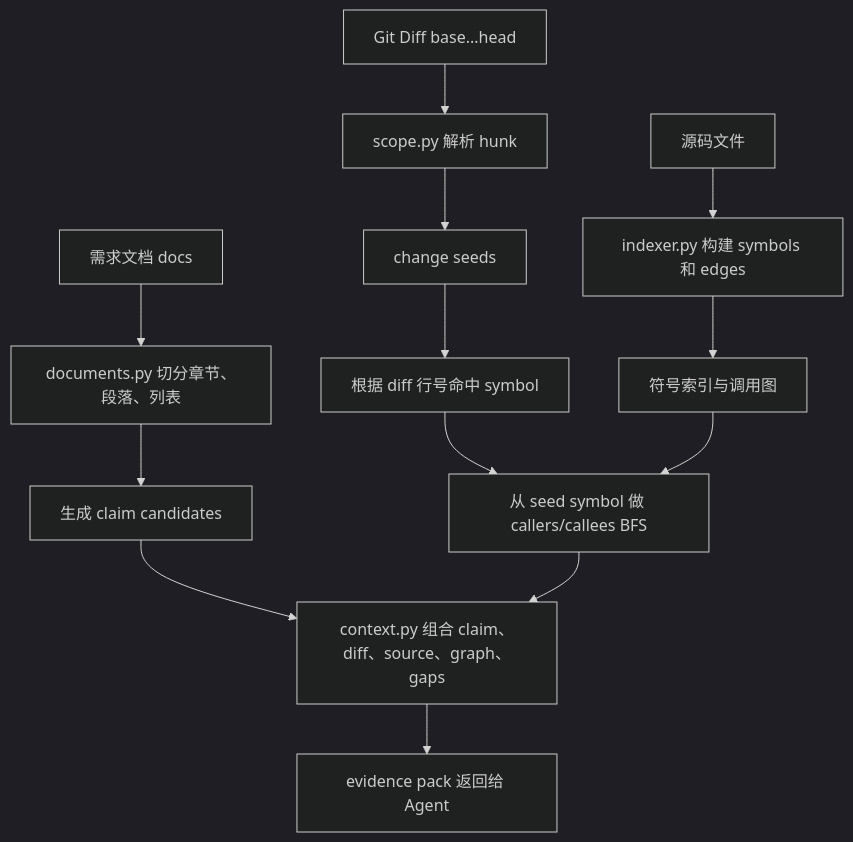
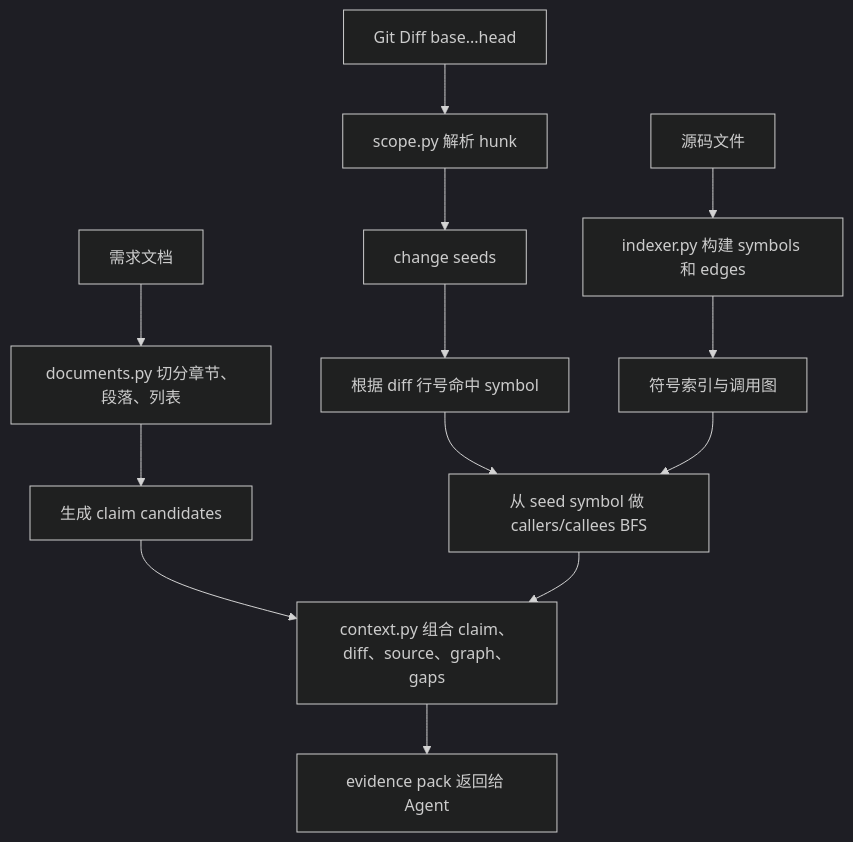
One commit to 8utterf1y/final changed the second of 2 diagrams in plugins/StudyDocs/02-03_证据上下文构建与Agent工具权限设计.md. Above: the diagram before and after it, drawn with Mermaid (dark theme). The commit also changed other lines of this file and 5 other files, not shown here.

````diff
--- a/plugins/StudyDocs/02-03_证据上下文构建与Agent工具权限设计.md
+++ b/plugins/StudyDocs/02-03_证据上下文构建与Agent工具权限设计.md
@@ -31,15 +145,15 @@
 ```mermaid
 flowchart TD
-A["需求文档 docs"] --> B["documents.py 切分章节、段落、列表"]
+A["需求文档"] --> B["documents.py 切分章节、段落、列表"]
 B --> C["生成 claim candidates"]
 D["Git Diff base...head"] --> E["scope.py 解析 hunk"]
 E --> F["change seeds"]
 G["源码文件"] --> H["indexer.py 构建 symbols 和 edges"]
 H --> I["符号索引与调用图"]
 F --> J["根据 diff 行号命中 symbol"]
 J --> K["从 seed symbol 做 callers/callees BFS"]
 I --> K
 C --> L["context.py 组合 claim、diff、source、graph、gaps"]
 K --> L
 L --> M["evidence pack 返回给 Agent"]
 ```
````
